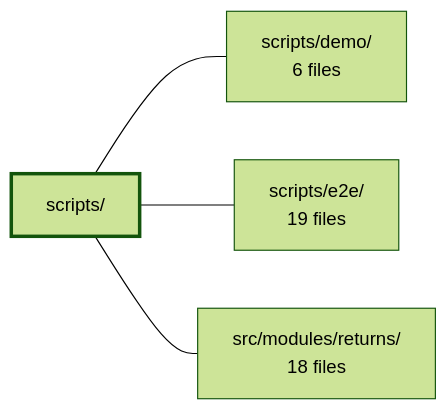
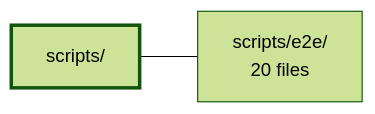
The diagram in .2brain/modules/boilerplate-vue-frontend_scripts.md (Guebbit/boilerplate-vue-frontend), drawn with Mermaid (forest theme) before and after one commit. The commit also changed other lines of this file and 960 other files, not shown here.

````diff
--- a/.2brain/modules/boilerplate-vue-frontend_scripts.md
+++ b/.2brain/modules/boilerplate-vue-frontend_scripts.md
@@ -39,11 +39,7 @@
 ```mermaid
 flowchart LR
     m_scripts["scripts/"]
-    m_scripts_demo["scripts/demo/<br/>6 files"]
-    m_scripts_e2e["scripts/e2e/<br/>19 files"]
-    m_src_modules_returns["src/modules/returns/<br/>18 files"]
-    m_scripts --- m_scripts_demo
+    m_scripts_e2e["scripts/e2e/<br/>20 files"]
     m_scripts --- m_scripts_e2e
-    m_scripts --- m_src_modules_returns
     style m_scripts stroke-width:3px
 ```
````
